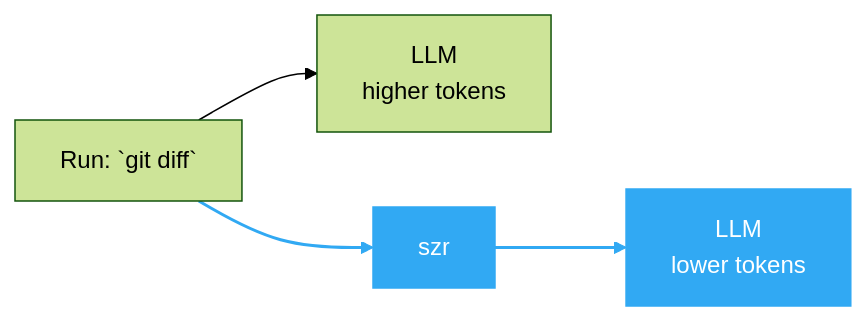
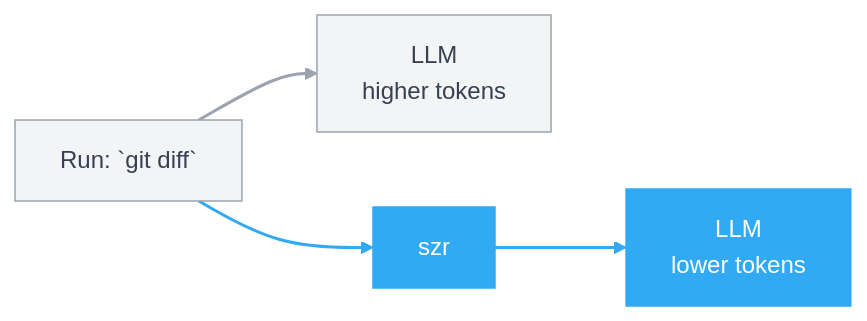
One commit to devr-tools/szr changed the diagram in README.md. Above: the diagram before and after it, drawn with Mermaid (forest theme). The commit also changed 1 other file, not shown here.

````diff
--- a/README.md
+++ b/README.md
@@ -11,11 +11,14 @@
 ```mermaid
 flowchart LR
   C["Run: `git diff`"]
   C --> W["LLM<br/>higher tokens"]
   C --> Z["szr"]
   Z --> L["LLM<br/>lower tokens"]
 
+  classDef base fill:#F3F4F6,stroke:#9CA3AF,color:#374151;
   classDef blue fill:#31A9F3,stroke:#31A9F3,color:#ffffff;
+  class C,W base;
   class Z,L blue;
+  linkStyle 0 stroke:#9CA3AF,stroke-width:2px;
   linkStyle 1,2 stroke:#31A9F3,stroke-width:2px;
 ```
````
